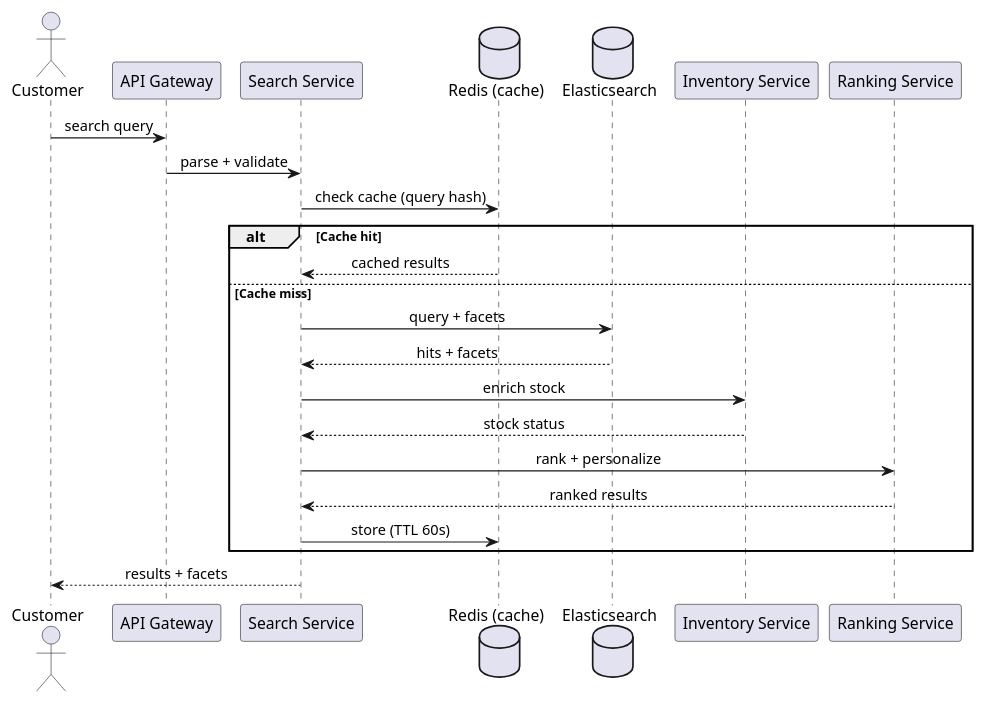
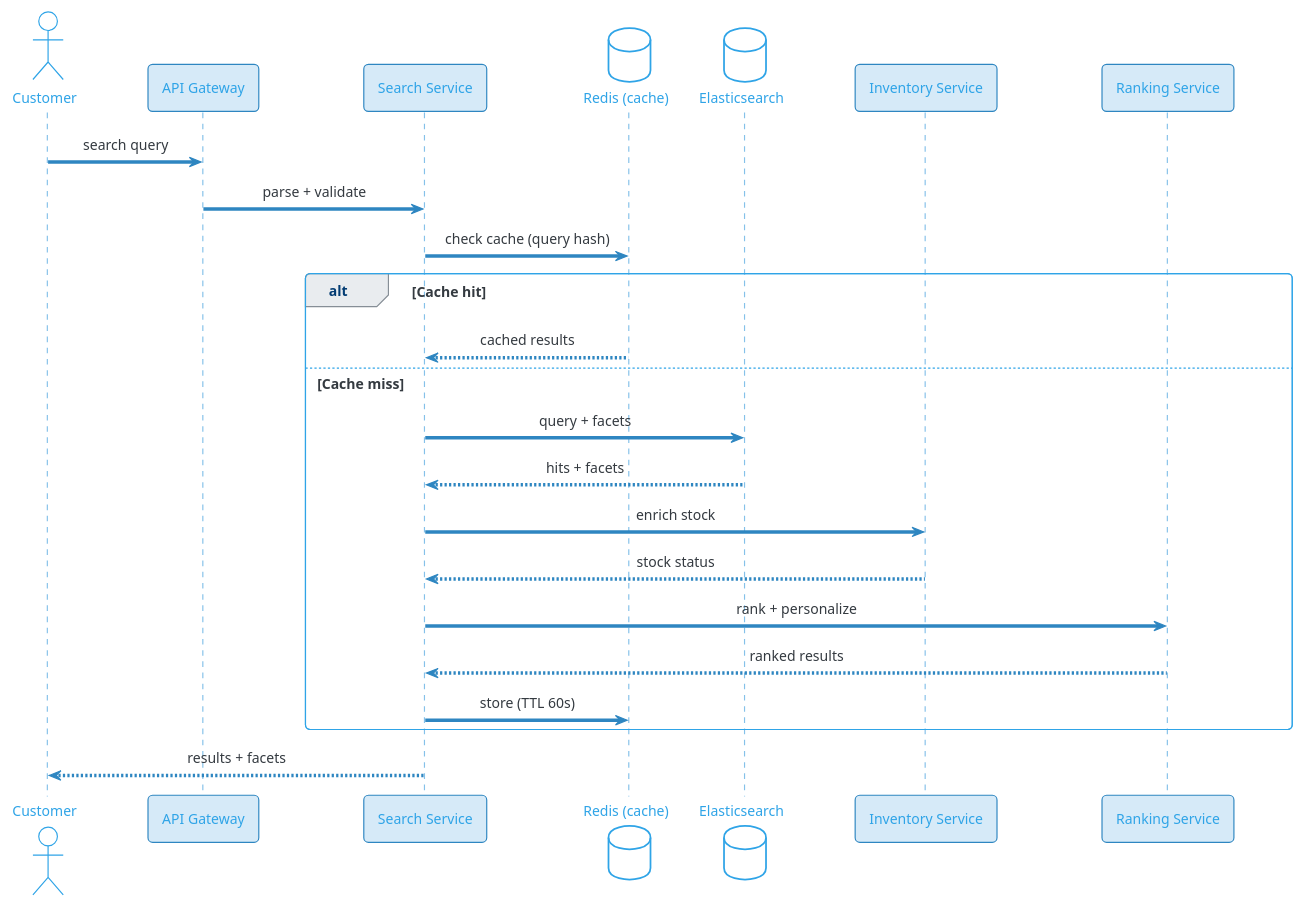
The second of 4 diagrams in docs/system-design/problems/18-product-catalog.md (cyberstoneac/dsa_docs), drawn with PlantUML before and after one commit. The commit also changed other lines of this file and 26 other files, not shown here.

````diff
--- a/docs/system-design/problems/18-product-catalog.md
+++ b/docs/system-design/problems/18-product-catalog.md
@@ -662,29 +666,38 @@
 ```plantuml
 @startuml
+!theme cerulean-outline
+skinparam backgroundColor white
+skinparam shadowing false
 skinparam sequenceMessageAlign center
+skinparam sequence {
+  ArrowColor #2E86C1
+  LifeLineBorderColor #85C1E9
+  ParticipantBorderColor #2E86C1
+  ParticipantBackgroundColor #D6EAF8
+}
 
 actor Customer
 participant "API Gateway" as GW
 participant "Search Service" as SS
 database "Redis (cache)" as Cache
 database "Elasticsearch" as ES
 participant "Inventory Service" as IS
 participant "Ranking Service" as RS
 
 Customer -> GW : search query
 GW -> SS : parse + validate
 SS -> Cache : check cache (query hash)
 alt Cache hit
   Cache --> SS : cached results
 else Cache miss
   SS -> ES : query + facets
   ES --> SS : hits + facets
   SS -> IS : enrich stock
   IS --> SS : stock status
   SS -> RS : rank + personalize
   RS --> SS : ranked results
   SS -> Cache : store (TTL 60s)
 end
 SS --> Customer : results + facets
 @enduml
 ```
````
